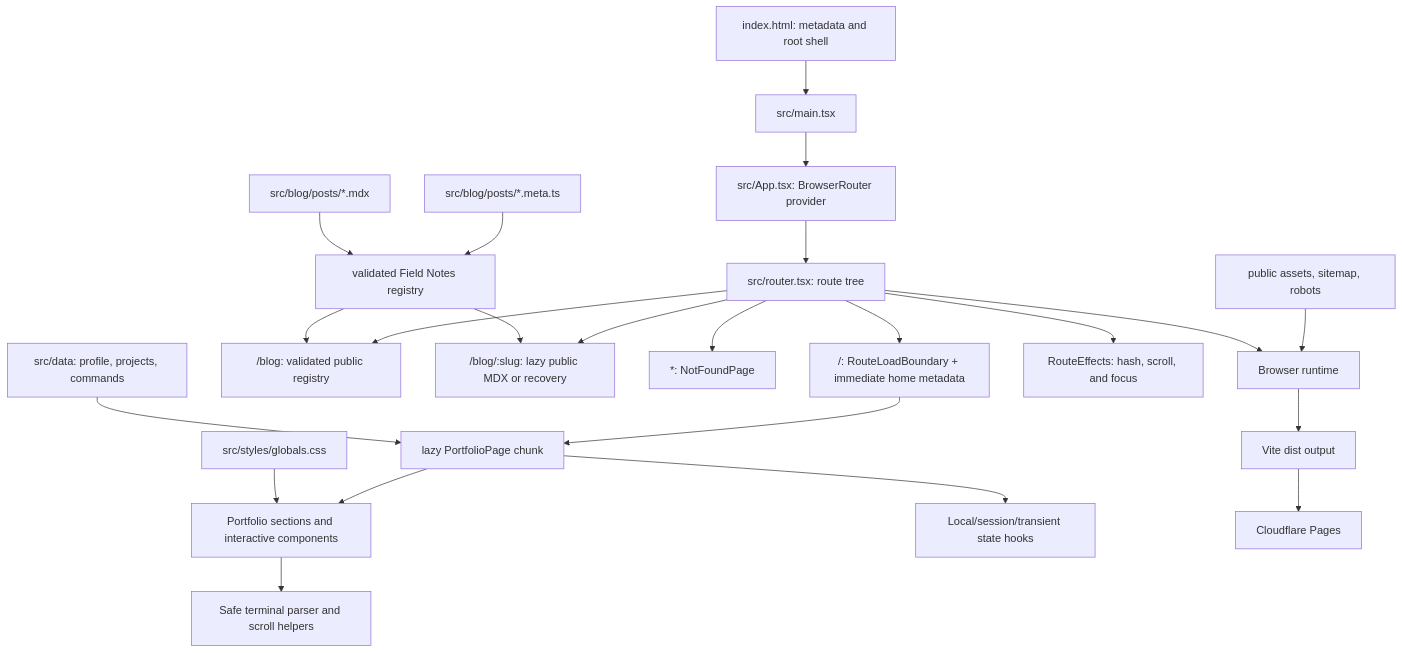
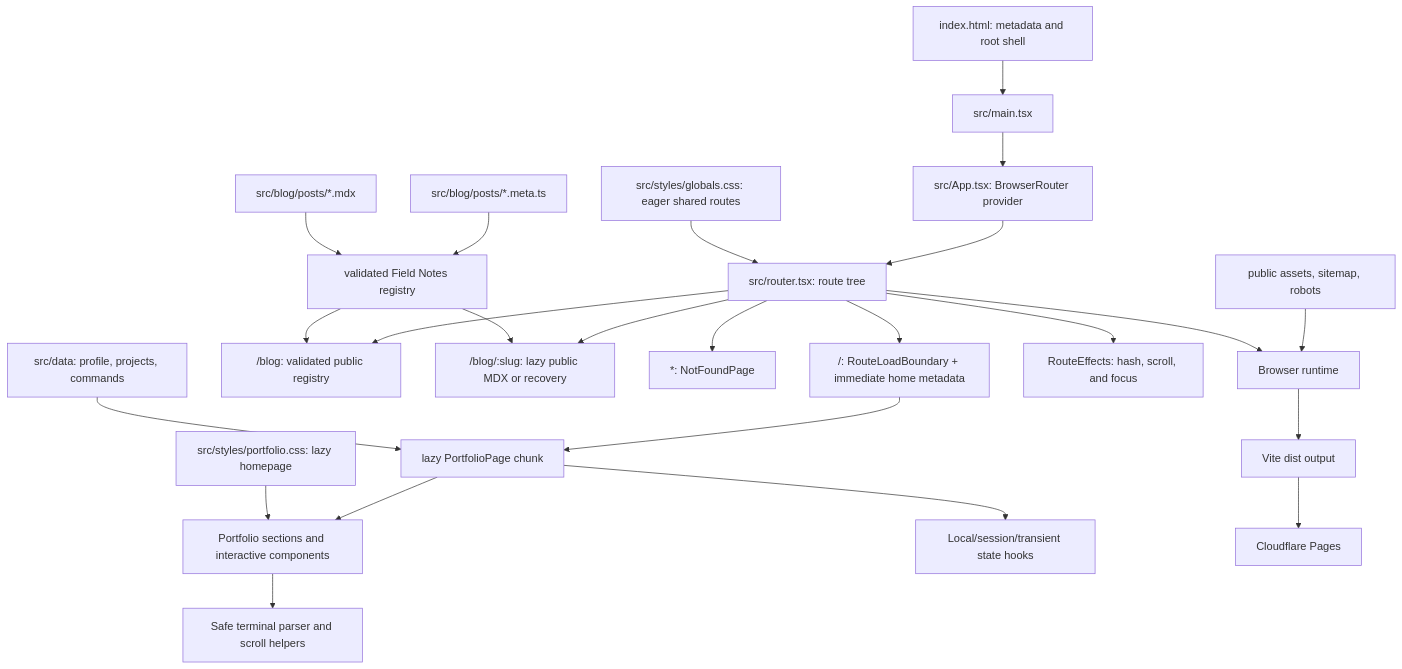
Before and after one commit to atrx07/atrx07-portfolio: the first of 5 diagrams in ARCHITECTURE.md, drawn with Mermaid. The commit also changed other lines of this file and 8 other files, not shown here.

````diff
--- a/ARCHITECTURE.md
+++ b/ARCHITECTURE.md
@@ -16,25 +16,26 @@
 ```mermaid
 flowchart TD
   html["index.html: metadata and root shell"] --> entry["src/main.tsx"]
   entry --> app["src/App.tsx: BrowserRouter provider"]
   app --> router["src/router.tsx: route tree"]
   router --> routeBoundary["/: RouteLoadBoundary + immediate home metadata"]
   routeBoundary --> portfolio["lazy PortfolioPage chunk"]
   router --> blog["/blog: validated public registry"]
   router --> post["/blog/:slug: lazy public MDX or recovery"]
   router --> missing["*: NotFoundPage"]
   data["src/data: profile, projects, commands"] --> portfolio
   blogMeta["src/blog/posts/*.meta.ts"] --> registry["validated Field Notes registry"]
   blogBody["src/blog/posts/*.mdx"] --> registry
   registry --> blog
   registry --> post
   portfolio --> sections["Portfolio sections and interactive components"]
   portfolio --> hooks["Local/session/transient state hooks"]
   router --> effects["RouteEffects: hash, scroll, and focus"]
   sections --> engine["Safe terminal parser and scroll helpers"]
-  styles["src/styles/globals.css"] --> sections
+  sharedStyles["src/styles/globals.css: eager shared routes"] --> router
+  portfolioStyles["src/styles/portfolio.css: lazy homepage"] --> sections
   assets["public assets, sitemap, robots"] --> browser["Browser runtime"]
   router --> browser
   browser --> build["Vite dist output"]
   build --> pages["Cloudflare Pages"]
 ```
````
